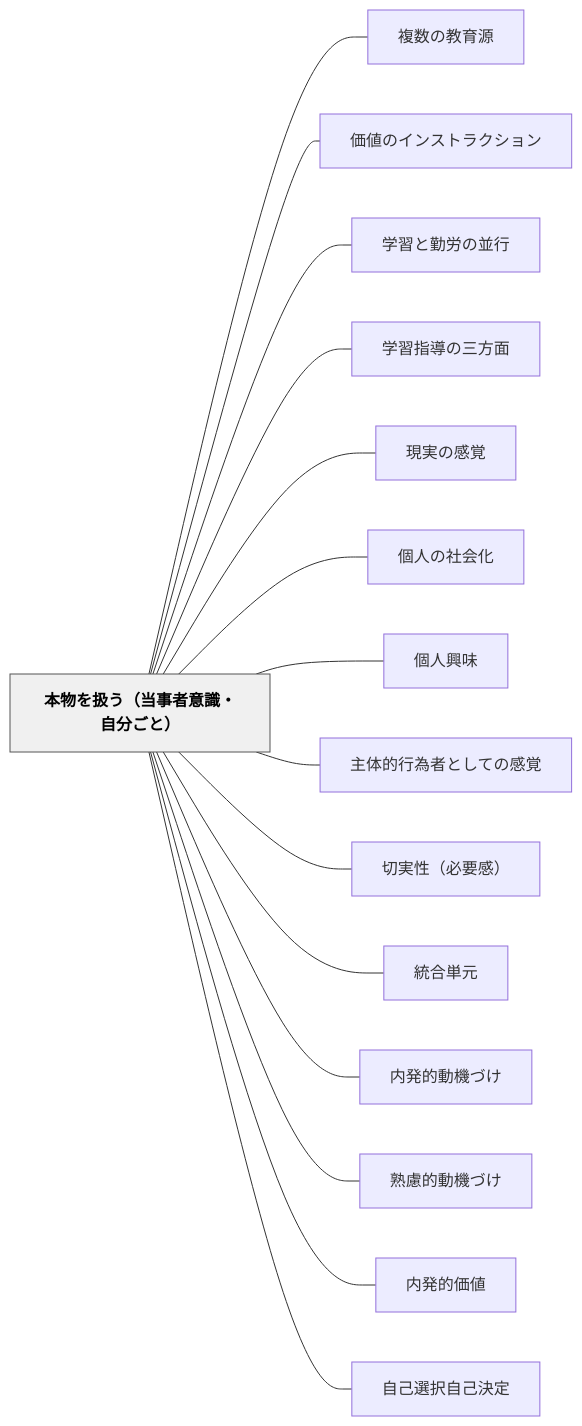
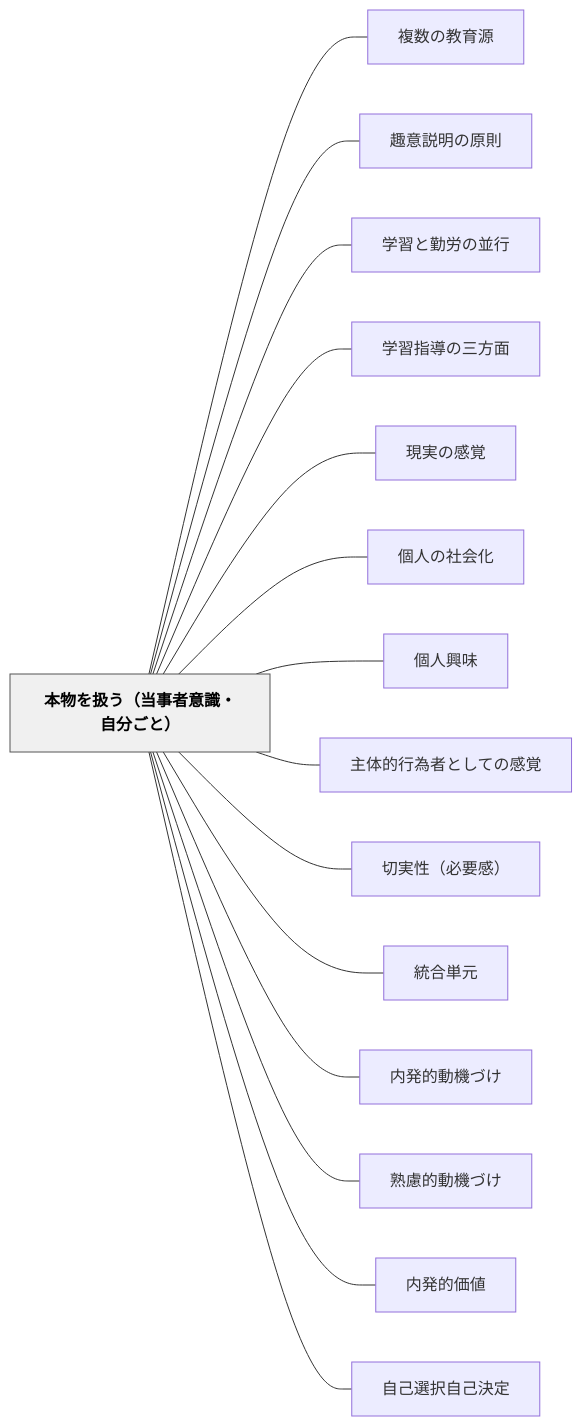
Before and after one commit to unknownthings-ed-patterns/unknownthings-ed-patterns: the diagram in content/パタン/本物を扱う（当事者意識・自分ごと）.md, drawn with Mermaid. The commit also changed other lines of this file and 41 other files, not shown here.

````diff
--- a/content/パタン/本物を扱う（当事者意識・自分ごと）.md
+++ b/content/パタン/本物を扱う（当事者意識・自分ごと）.md
@@ -47,36 +47,36 @@
 ```mermaid
 flowchart LR
     ne69cace789a9e38292e689b1e38186efbc88e5bd93e4ba8be88085e6848fe8ad98e383bbe887aae58886e38194e381a8efbc89["本物を扱う（当事者意識・自分ごと）"]
     ne8a487e695b0e381aee69599e882b2e6ba90["複数の教育源"]
-    ne4bea1e580a4e381aee382a4e383b3e382b9e38388e383a9e382afe382b7e383a7e383b3["価値のインストラクション"]
+    ne8b6a3e6848fe8aaace6988ee381aee58e9fe58987["趣意説明の原則"]
     ne5ada6e7bf92e381a8e58ba4e58ab4e381aee4b8a6e8a18c["学習と勤労の並行"]
     ne5ada6e7bf92e68c87e5b08ee381aee4b889e696b9e99da2["学習指導の三方面"]
     ne78fbee5ae9fe381aee6849fe8a69a["現実の感覚"]
     ne5808be4babae381aee7a4bee4bc9ae58c96["個人の社会化"]
     ne5808be4babae88888e591b3["個人興味"]
     ne4b8bbe4bd93e79a84e8a18ce782bae88085e381a8e38197e381a6e381aee6849fe8a69a["主体的行為者としての感覚"]
     ne58887e5ae9fe680a7efbc88e5bf85e8a681e6849fefbc89["切実性（必要感）"]
     ne7b5b1e59088e58d98e58583["統合単元"]
     ne58685e799bae79a84e58b95e6a99fe381a5e38191["内発的動機づけ"]
     ne7869fe685aee79a84e58b95e6a99fe381a5e38191["熟慮的動機づけ"]
     ne58685e799bae79a84e4bea1e580a4["内発的価値"]
     ne887aae5b7b1e981b8e68a9ee887aae5b7b1e6b1bae5ae9a["自己選択自己決定"]
 
     ne69cace789a9e38292e689b1e38186efbc88e5bd93e4ba8be88085e6848fe8ad98e383bbe887aae58886e38194e381a8efbc89 --- ne8a487e695b0e381aee69599e882b2e6ba90
-    ne69cace789a9e38292e689b1e38186efbc88e5bd93e4ba8be88085e6848fe8ad98e383bbe887aae58886e38194e381a8efbc89 --- ne4bea1e580a4e381aee382a4e383b3e382b9e38388e383a9e382afe382b7e383a7e383b3
+    ne69cace789a9e38292e689b1e38186efbc88e5bd93e4ba8be88085e6848fe8ad98e383bbe887aae58886e38194e381a8efbc89 --- ne8b6a3e6848fe8aaace6988ee381aee58e9fe58987
     ne69cace789a9e38292e689b1e38186efbc88e5bd93e4ba8be88085e6848fe8ad98e383bbe887aae58886e38194e381a8efbc89 --- ne5ada6e7bf92e381a8e58ba4e58ab4e381aee4b8a6e8a18c
     ne69cace789a9e38292e689b1e38186efbc88e5bd93e4ba8be88085e6848fe8ad98e383bbe887aae58886e38194e381a8efbc89 --- ne5ada6e7bf92e68c87e5b08ee381aee4b889e696b9e99da2
     ne69cace789a9e38292e689b1e38186efbc88e5bd93e4ba8be88085e6848fe8ad98e383bbe887aae58886e38194e381a8efbc89 --- ne78fbee5ae9fe381aee6849fe8a69a
     ne69cace789a9e38292e689b1e38186efbc88e5bd93e4ba8be88085e6848fe8ad98e383bbe887aae58886e38194e381a8efbc89 --- ne5808be4babae381aee7a4bee4bc9ae58c96
     ne69cace789a9e38292e689b1e38186efbc88e5bd93e4ba8be88085e6848fe8ad98e383bbe887aae58886e38194e381a8efbc89 --- ne5808be4babae88888e591b3
     ne69cace789a9e38292e689b1e38186efbc88e5bd93e4ba8be88085e6848fe8ad98e383bbe887aae58886e38194e381a8efbc89 --- ne4b8bbe4bd93e79a84e8a18ce782bae88085e381a8e38197e381a6e381aee6849fe8a69a
     ne69cace789a9e38292e689b1e38186efbc88e5bd93e4ba8be88085e6848fe8ad98e383bbe887aae58886e38194e381a8efbc89 --- ne58887e5ae9fe680a7efbc88e5bf85e8a681e6849fefbc89
     ne69cace789a9e38292e689b1e38186efbc88e5bd93e4ba8be88085e6848fe8ad98e383bbe887aae58886e38194e381a8efbc89 --- ne7b5b1e59088e58d98e58583
     ne69cace789a9e38292e689b1e38186efbc88e5bd93e4ba8be88085e6848fe8ad98e383bbe887aae58886e38194e381a8efbc89 --- ne58685e799bae79a84e58b95e6a99fe381a5e38191
     ne69cace789a9e38292e689b1e38186efbc88e5bd93e4ba8be88085e6848fe8ad98e383bbe887aae58886e38194e381a8efbc89 --- ne7869fe685aee79a84e58b95e6a99fe381a5e38191
     ne69cace789a9e38292e689b1e38186efbc88e5bd93e4ba8be88085e6848fe8ad98e383bbe887aae58886e38194e381a8efbc89 --- ne58685e799bae79a84e4bea1e580a4
     ne69cace789a9e38292e689b1e38186efbc88e5bd93e4ba8be88085e6848fe8ad98e383bbe887aae58886e38194e381a8efbc89 --- ne887aae5b7b1e981b8e68a9ee887aae5b7b1e6b1bae5ae9a
 
     classDef hub fill:#f0f0f0,stroke:#555,color:#000,font-weight:bold
     class ne69cace789a9e38292e689b1e38186efbc88e5bd93e4ba8be88085e6848fe8ad98e383bbe887aae58886e38194e381a8efbc89 hub
 ```
````
